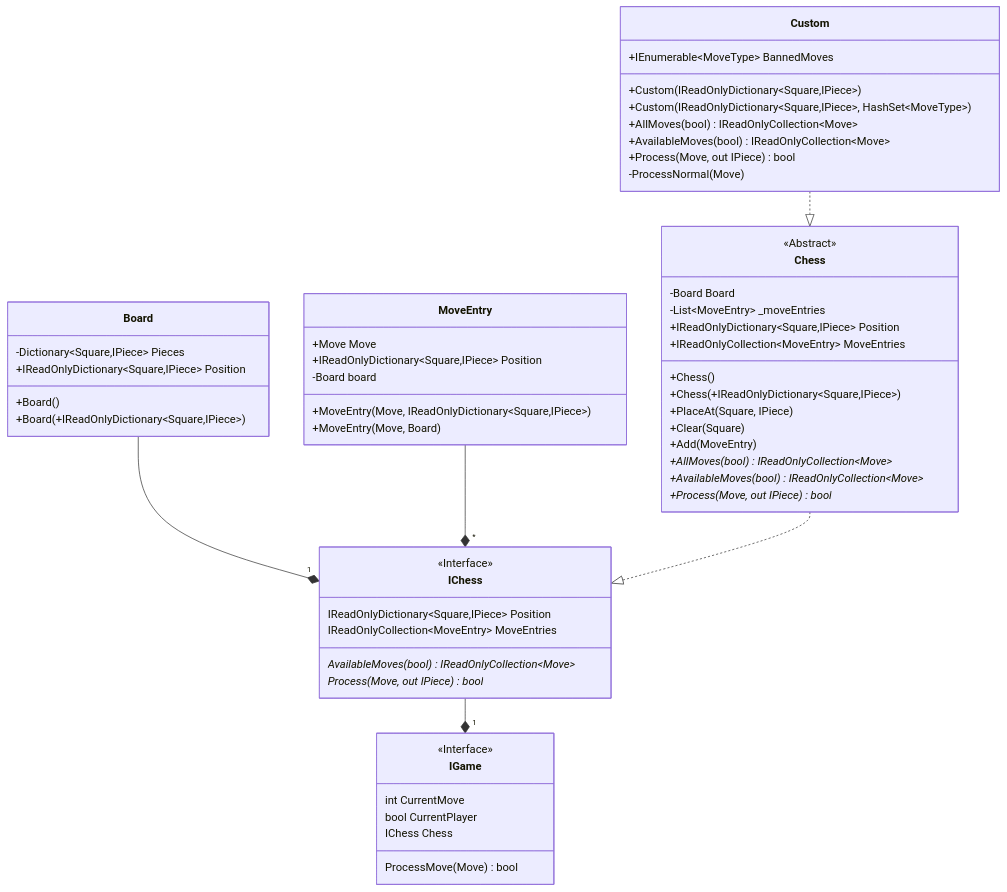
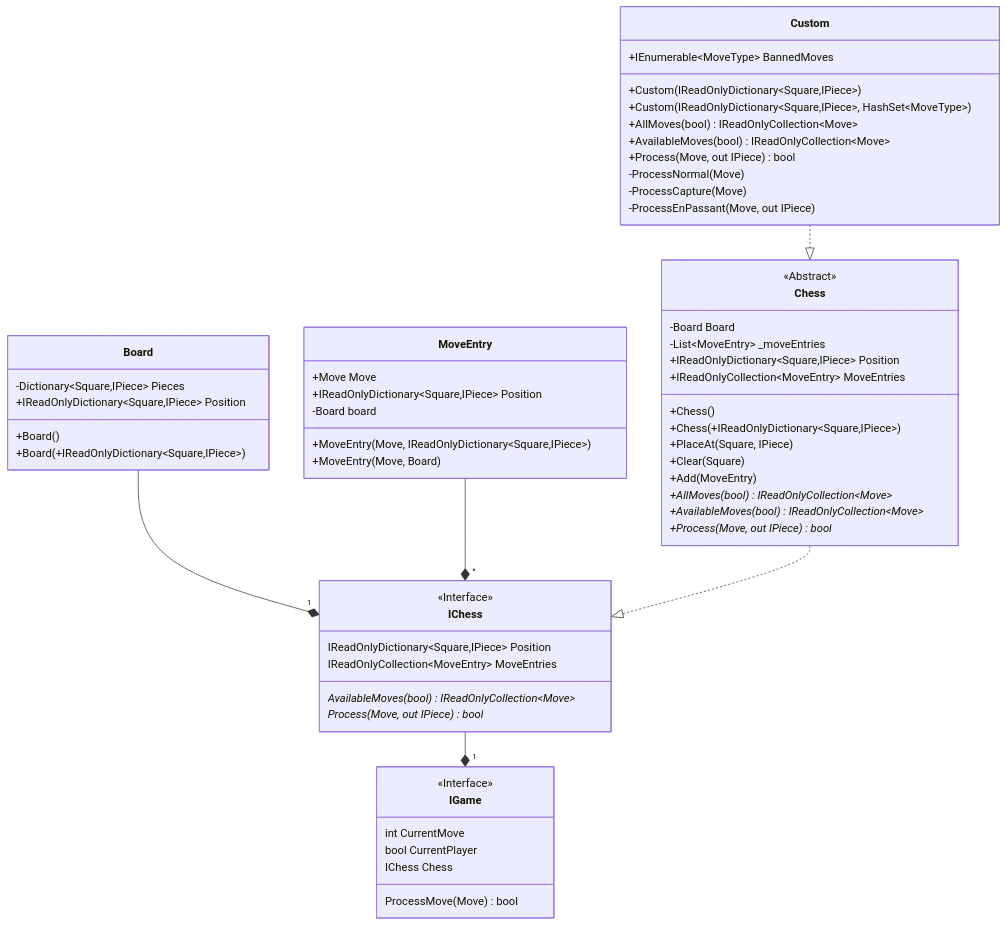
One commit to JeanLColombo/Mate changed diagram 11 of 16 in README.md. Above: the diagram before and after it, drawn with Mermaid. The commit also changed other lines of this file and 5 other files, not shown here.

````diff
--- a/README.md
+++ b/README.md
@@ -174,59 +174,61 @@
 ```mermaid
     classDiagram
     class IChess{
         <<Interface>>
         IReadOnlyDictionary~Square,IPiece~ Position
         IReadOnlyCollection~MoveEntry~ MoveEntries
         AvailableMoves(bool)* IReadOnlyCollection~Move~
         Process(Move, out IPiece)* bool
     }
     class IGame{
         <<Interface>>
         int CurrentMove
         bool CurrentPlayer
         IChess Chess
         ProcessMove(Move) bool
     }
     class Chess{
         <<Abstract>>
         -Board Board
         -List~MoveEntry~ _moveEntries
         +IReadOnlyDictionary~Square,IPiece~ Position
         +IReadOnlyCollection~MoveEntry~ MoveEntries
         +Chess()
         +Chess(+IReadOnlyDictionary~Square,IPiece~)
         +PlaceAt(Square, IPiece) 
         +Clear(Square)
         +Add(MoveEntry) 
         +AllMoves(bool)* IReadOnlyCollection~Move~
         +AvailableMoves(bool)* IReadOnlyCollection~Move~
         +Process(Move, out IPiece)* bool
     }
     class Board{
         -Dictionary~Square,IPiece~ Pieces
         +IReadOnlyDictionary~Square,IPiece~ Position 
         +Board()
         +Board(+IReadOnlyDictionary~Square,IPiece~)
     }
     class MoveEntry{
         +Move Move
         +IReadOnlyDictionary~Square,IPiece~ Position
         -Board board
         +MoveEntry(Move, IReadOnlyDictionary~Square,IPiece~)
         +MoveEntry(Move, Board)
     }
     class Custom{
         +IEnumerable~MoveType~ BannedMoves
         +Custom(IReadOnlyDictionary~Square,IPiece~)
         +Custom(IReadOnlyDictionary~Square,IPiece~, HashSet~MoveType~)
         +AllMoves(bool) IReadOnlyCollection~Move~
         +AvailableMoves(bool) IReadOnlyCollection~Move~
         +Process(Move, out IPiece) bool
         -ProcessNormal(Move)
+        -ProcessCapture(Move)
+        -ProcessEnPassant(Move, out IPiece)
     }
     Board --* "1" IChess
     MoveEntry --* "*" IChess
     Chess ..|> IChess
     IChess --* "1" IGame
     Custom ..|> Chess
 ```
````
